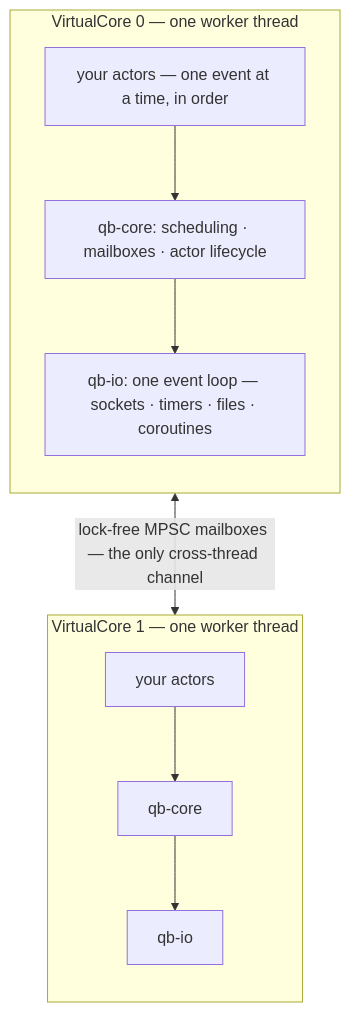
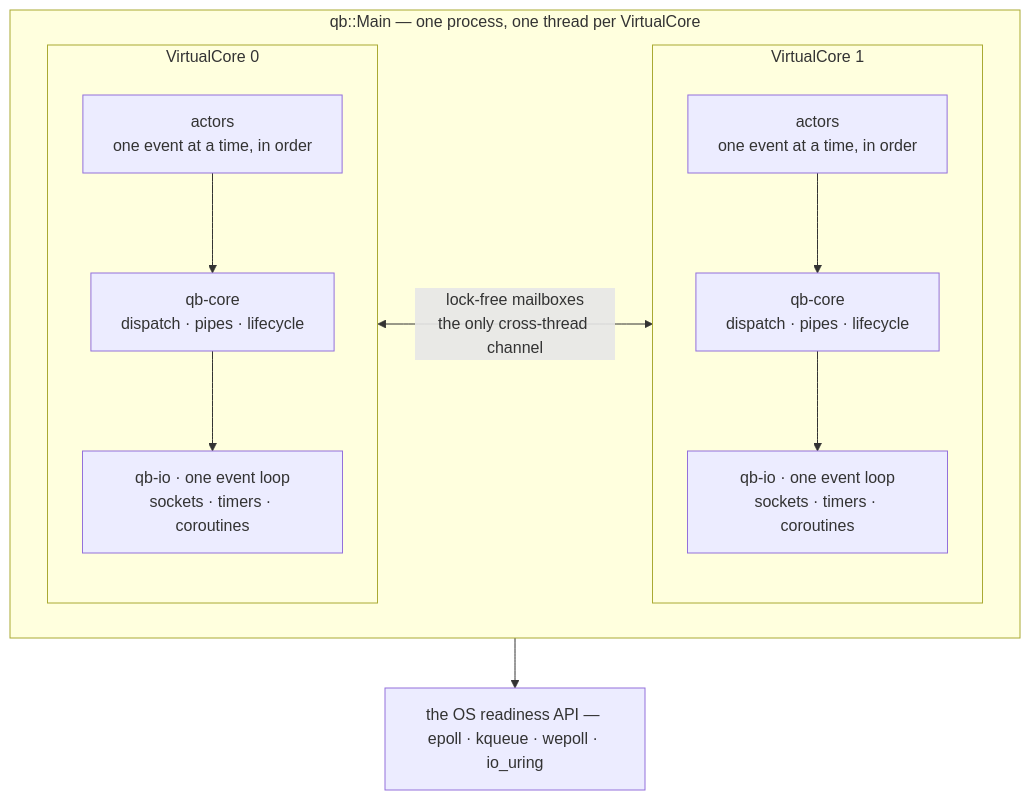
Before and after one commit to isndev/qb: the first of 4 diagrams in README.md, drawn with Mermaid. The commit also changed other lines of this file and 1 other file, not shown here.

````diff
--- a/README.md
+++ b/README.md
@@ -127,18 +80,16 @@
 ```mermaid
 flowchart TB
-    subgraph VC0["VirtualCore 0 — one worker thread"]
-        direction TB
-        A0["your actors — one event at a time, in order"]
-        C0["qb-core: scheduling · mailboxes · actor lifecycle"]
-        I0["qb-io: one event loop — sockets · timers · files · coroutines"]
-        A0 --> C0 --> I0
+    subgraph proc["qb::Main — one process, one thread per VirtualCore"]
+        direction LR
+        subgraph c0["VirtualCore 0"]
+            direction TB
+            a0["actors<br/>one event at a time, in order"] --> s0["qb-core<br/>dispatch · pipes · lifecycle"] --> l0["qb-io · one event loop<br/>sockets · timers · coroutines"]
+        end
+        subgraph c1["VirtualCore 1"]
+            direction TB
+            a1["actors<br/>one event at a time, in order"] --> s1["qb-core<br/>dispatch · pipes · lifecycle"] --> l1["qb-io · one event loop<br/>sockets · timers · coroutines"]
+        end
+        s0 <-- "lock-free mailboxes<br/>the only cross-thread channel" --> s1
     end
-    subgraph VC1["VirtualCore 1 — one worker thread"]
-        direction TB
-        A1["your actors"]
-        C1["qb-core"]
-        I1["qb-io"]
-        A1 --> C1 --> I1
-    end
-    VC0 <-- "lock-free MPSC mailboxes — the only cross-thread channel" --> VC1
+    proc --> os["the OS readiness API — epoll · kqueue · wepoll · io_uring"]
 ```
````
